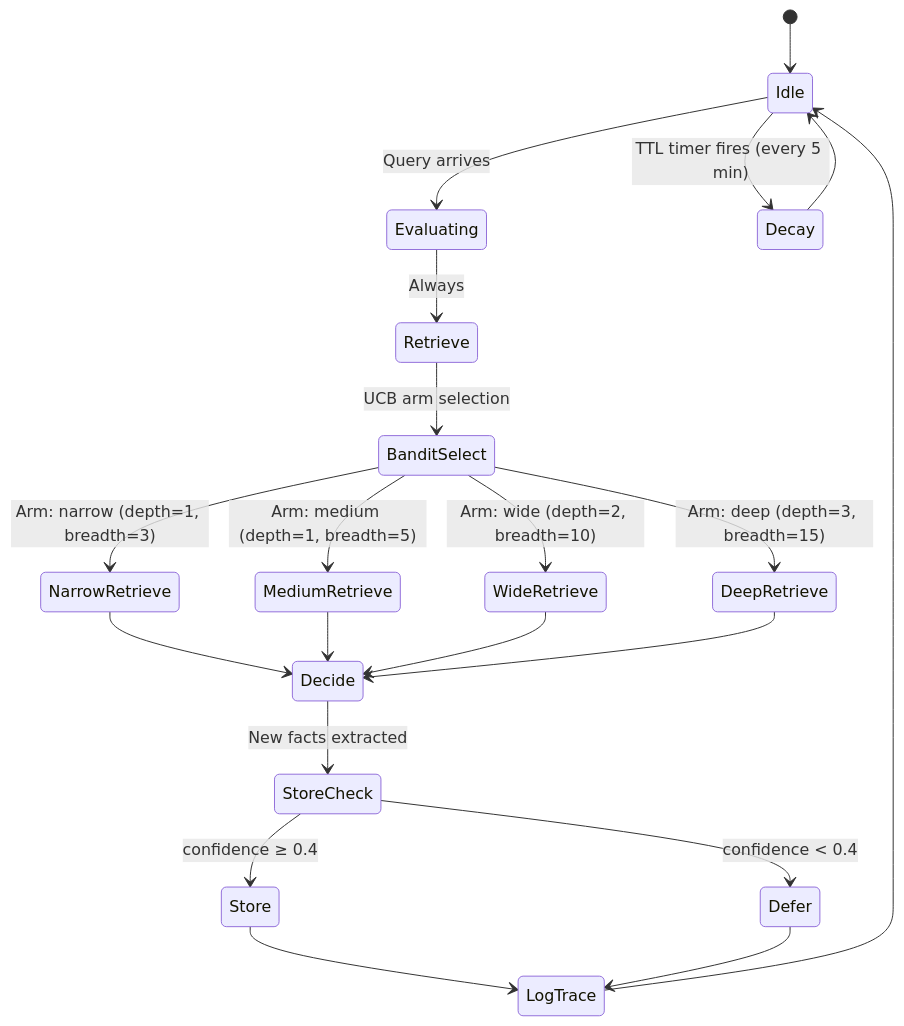
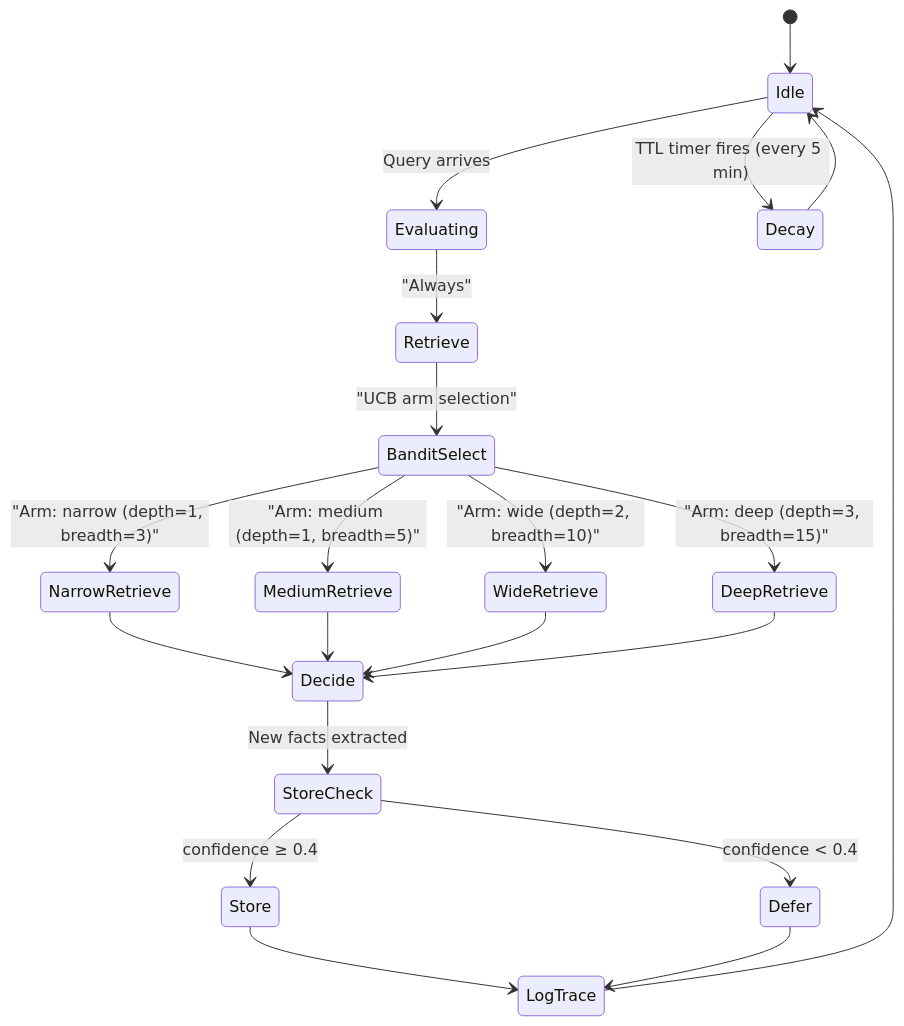
One commit to aadi2vec/tracemind changed the fourth of 6 diagrams in README.md. Above: the diagram before and after it, drawn with Mermaid.

Commit message:
Docs: fix Mermaid syntax error in stateDiagram

````diff
--- a/README.md
+++ b/README.md
@@ -162,29 +162,29 @@
 ```mermaid
 stateDiagram-v2
     [*] --> Idle
 
     Idle --> Evaluating : Query arrives
 
-    Evaluating --> Retrieve : Always
-    Retrieve --> BanditSelect : UCB arm selection
-    BanditSelect --> NarrowRetrieve : Arm: narrow (depth=1, breadth=3)
-    BanditSelect --> MediumRetrieve : Arm: medium (depth=1, breadth=5)
-    BanditSelect --> WideRetrieve   : Arm: wide (depth=2, breadth=10)
-    BanditSelect --> DeepRetrieve   : Arm: deep (depth=3, breadth=15)
+    Evaluating --> Retrieve : "Always"
+    Retrieve --> BanditSelect : "UCB arm selection"
+    BanditSelect --> NarrowRetrieve : "Arm: narrow (depth=1, breadth=3)"
+    BanditSelect --> MediumRetrieve : "Arm: medium (depth=1, breadth=5)"
+    BanditSelect --> WideRetrieve   : "Arm: wide (depth=2, breadth=10)"
+    BanditSelect --> DeepRetrieve   : "Arm: deep (depth=3, breadth=15)"
 
     NarrowRetrieve --> Decide
     MediumRetrieve --> Decide
     WideRetrieve   --> Decide
     DeepRetrieve   --> Decide
 
     Decide --> StoreCheck : New facts extracted
     StoreCheck --> Store  : confidence ≥ 0.4
     StoreCheck --> Defer  : confidence < 0.4
 
     Store  --> LogTrace
     Defer  --> LogTrace
     LogTrace --> Idle
 
     Idle --> Decay : TTL timer fires (every 5 min)
     Decay --> Idle
 ```
````
